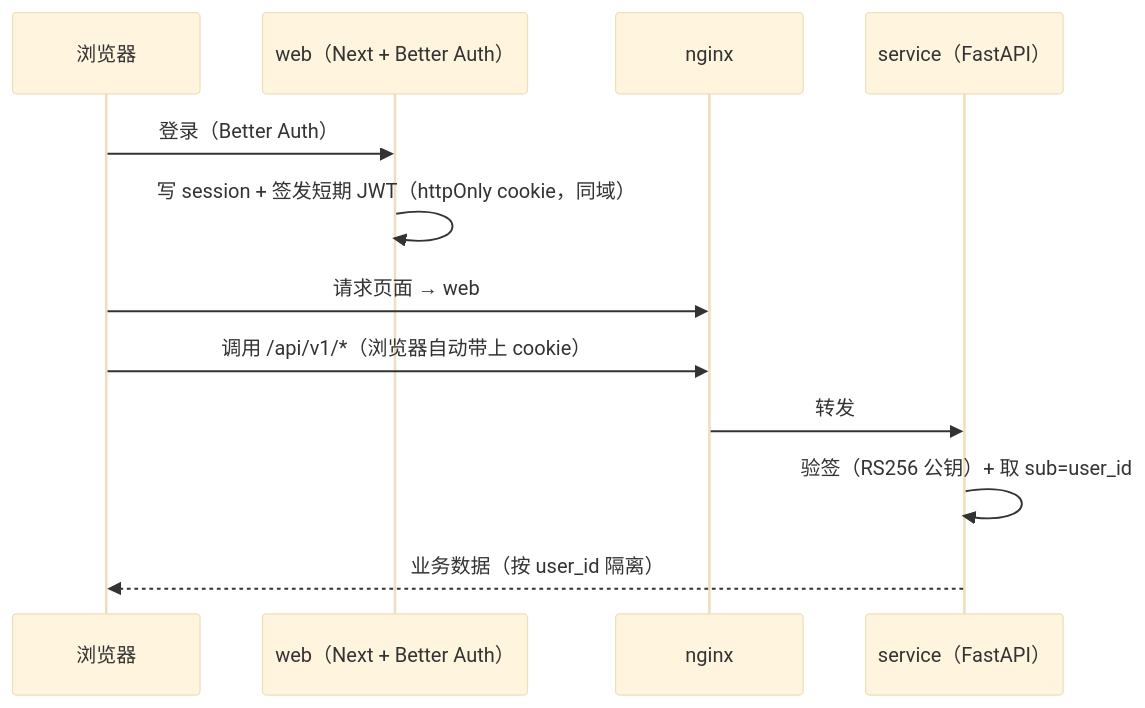
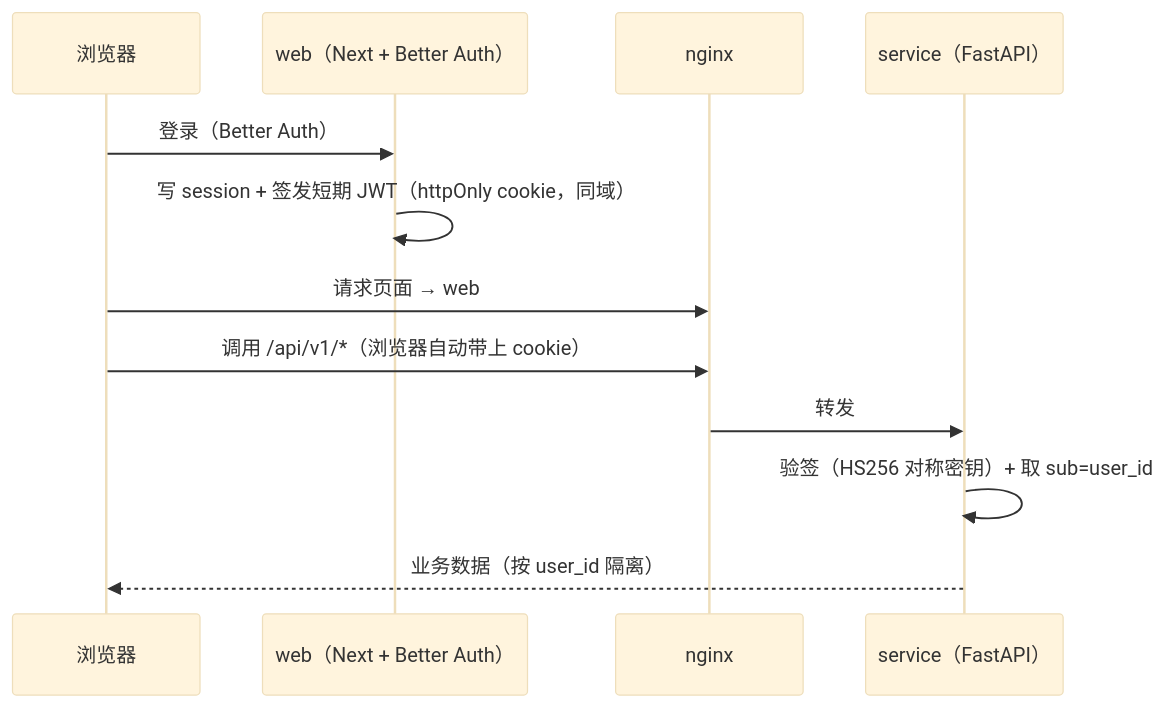
Before and after one commit to 2308623956/summer-checkin: the second of 6 diagrams in docs/tech/architecture.md, drawn with Mermaid (base theme). The commit also changed other lines of this file and 20 other files, not shown here.

````diff
--- a/docs/tech/architecture.md
+++ b/docs/tech/architecture.md
@@ -75,14 +75,14 @@
 ```mermaid
 sequenceDiagram
     participant U as 浏览器
     participant W as web（Next + Better Auth）
     participant N as nginx
     participant S as service（FastAPI）
     U->>W: 登录（Better Auth）
     W->>W: 写 session + 签发短期 JWT（httpOnly cookie，同域）
     U->>N: 请求页面 → web
     U->>N: 调用 /api/v1/*（浏览器自动带上 cookie）
     N->>S: 转发
-    S->>S: 验签（RS256 公钥）+ 取 sub=user_id
+    S->>S: 验签（HS256 对称密钥）+ 取 sub=user_id
     S-->>U: 业务数据（按 user_id 隔离）
 ```
````
